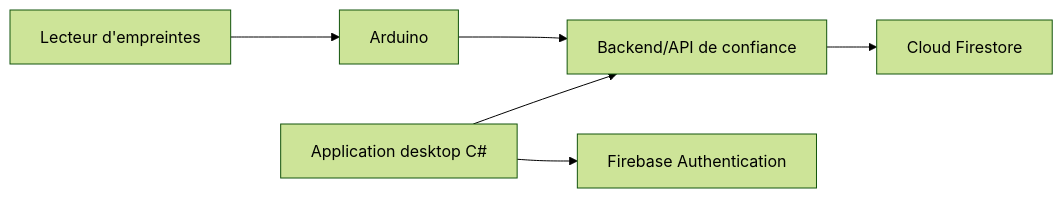
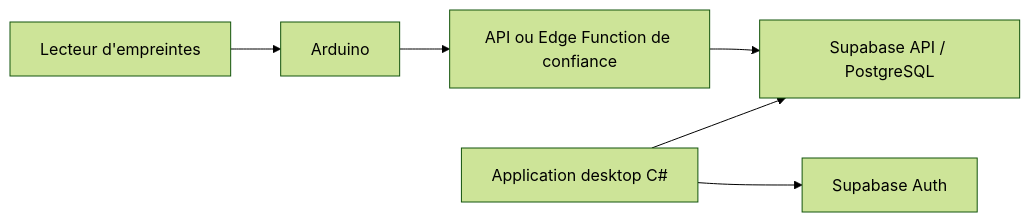
The diagram in README.md (devegend/FingerTrack), drawn with Mermaid (forest theme) before and after one commit. The commit also changed other lines of this file, not shown here.

First line of the commit message:
Replace Firebase with Supabase in README

````diff
--- a/README.md
+++ b/README.md
@@ -48,8 +43,8 @@
 ```mermaid
 flowchart LR
     FP[Lecteur d'empreintes] --> AR[Arduino]
-    AR --> API[Backend/API de confiance]
-    APP[Application desktop C#] --> AUTH[Firebase Authentication]
-    APP --> API
-    API --> FS[Cloud Firestore]
+    AR --> EDGE[API ou Edge Function de confiance]
+    APP[Application desktop C#] --> AUTH[Supabase Auth]
+    APP --> API[Supabase API / PostgreSQL]
+    EDGE --> API
 ```
````
